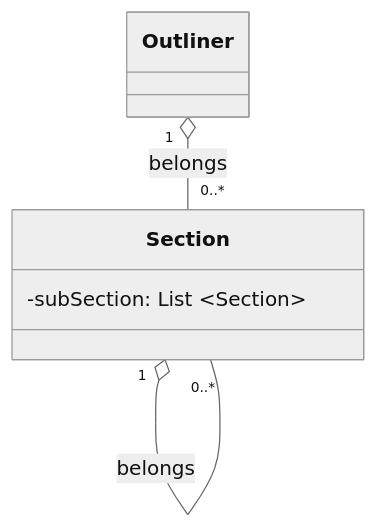
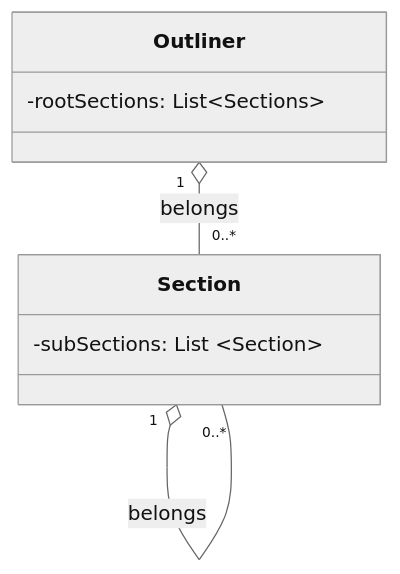
Before and after one commit to itsjihunpark/Microsoft-Word-Outliner-Clone: the diagram in docs/UMLTemplate.md, drawn with Mermaid (neutral theme).

Commit message:
Update file UMLTemplate.md

````diff
--- a/docs/UMLTemplate.md
+++ b/docs/UMLTemplate.md
@@ -24,12 +24,12 @@
 ```mermaid
 classDiagram
     Outliner "1" o-- "0..*" Section : belongs
     Section "1" o-- "0..*" Section : belongs 
     class Outliner{
-      
+      -rootSections: List~Sections~
     }
     class Section{
-      -subSection: List ~Section~
+      -subSections: List ~Section~
     }
 
 ```
````
